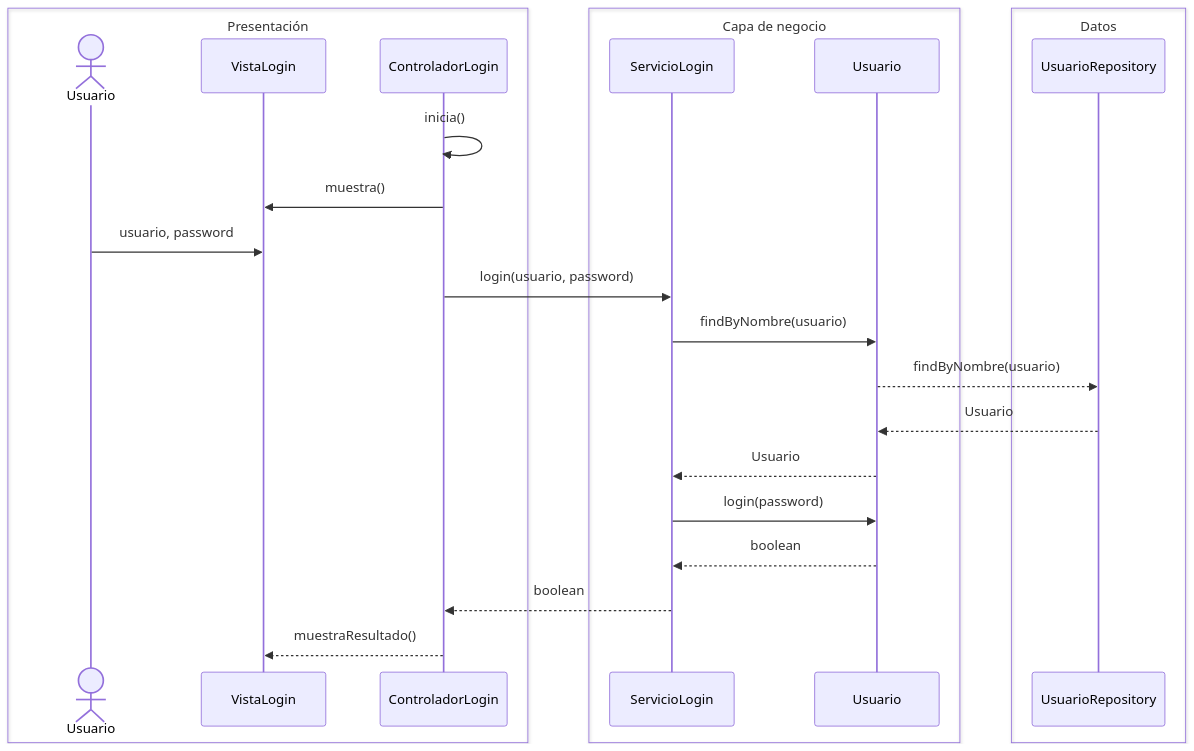
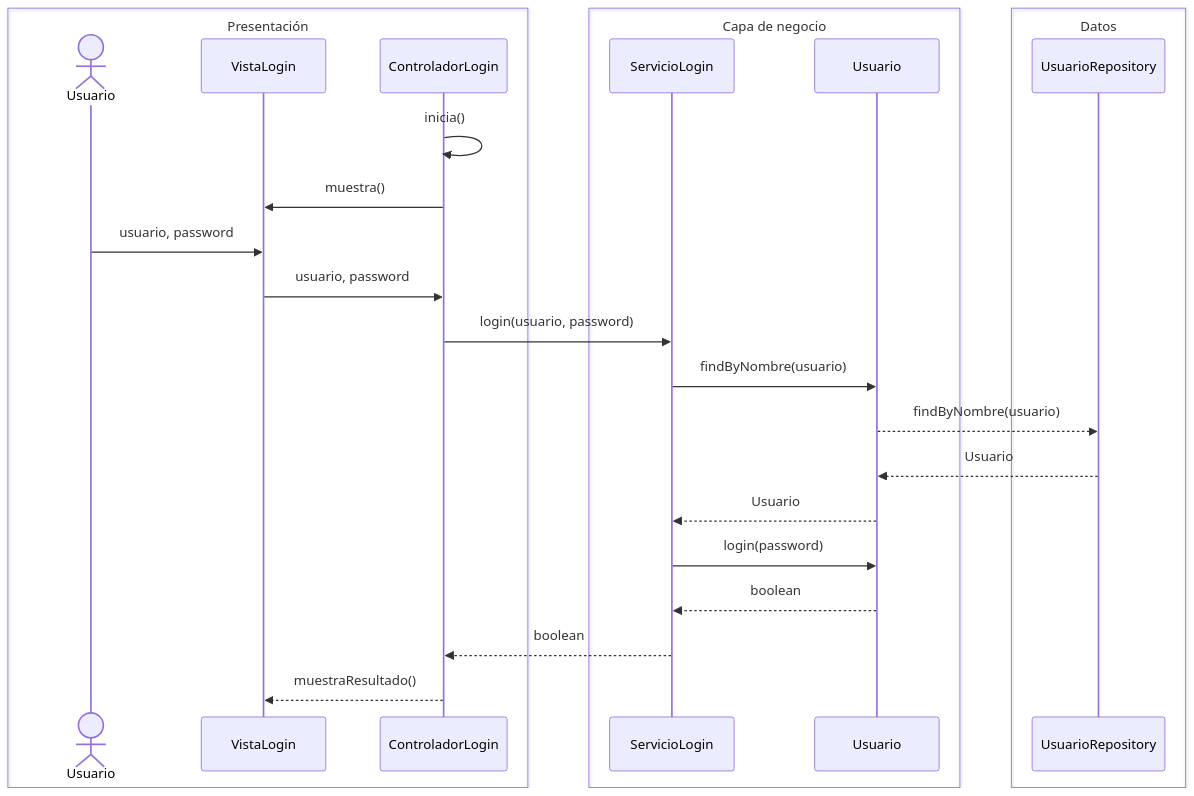
One commit to morveled/Pahcalli_base changed the first of 4 diagrams in docs/HU-15-secuencias.md. Above: the diagram before and after it, drawn with Mermaid. The commit also changed other lines of this file, not shown here.

Commit message:
Secuencias de eliminar usuario en HU-15

````diff
--- a/docs/HU-15-secuencias.md
+++ b/docs/HU-15-secuencias.md
@@ -4,27 +4,28 @@
 ```mermaid
 sequenceDiagram
     box Presentación
     actor U as Usuario
     Participant V as VistaLogin
     Participant C as ControladorLogin
     end
     box Capa de negocio
     Participant S as ServicioLogin
     Participant UM as Usuario
     end 
     box Datos
     Participant R as UsuarioRepository
     end
     C ->> C: inicia()
     C ->> V: muestra()
     U ->> V: usuario, password
+    V ->> C: usuario, password
     C ->> S: login(usuario, password)
     S ->> UM: findByNombre(usuario)
     UM -->> R: findByNombre(usuario)
     R -->> UM: Usuario
     UM -->> S: Usuario
     S ->> UM: login(password)
     UM -->> S: boolean
     S -->> C: boolean
     C -->> V: muestraResultado()
 ```
````
